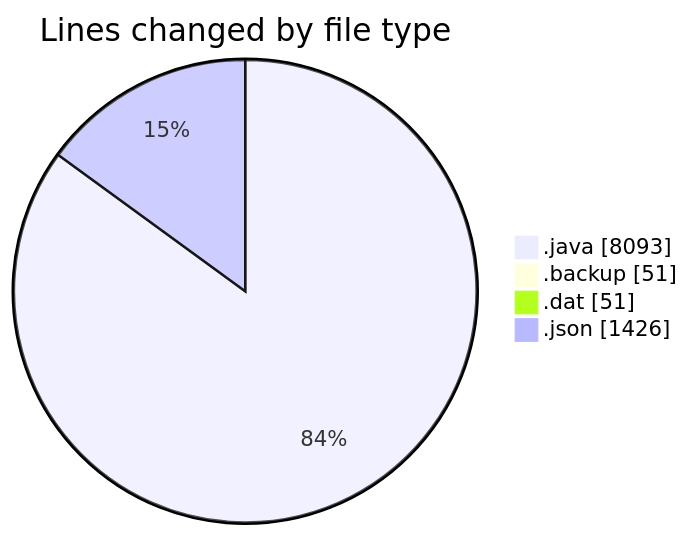
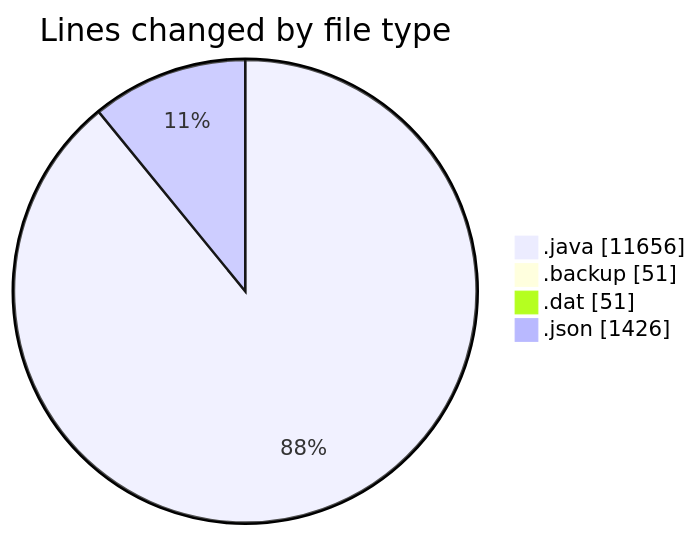
Before and after one commit to ricardozamudiocil/code-tracking: the first of 2 diagrams in 2026-11-19/cilapp/README.md, drawn with Mermaid. The commit also changed other lines of this file and 1 other file, not shown here.

````diff
--- a/2026-11-19/cilapp/README.md
+++ b/2026-11-19/cilapp/README.md
@@ -24,8 +24,8 @@
 ```mermaid
 pie showData
 title Lines changed by file type
-".java" : 8093
+".java" : 11656
 ".backup" : 51
 ".dat" : 51
 ".json" : 1426
 ```
````
